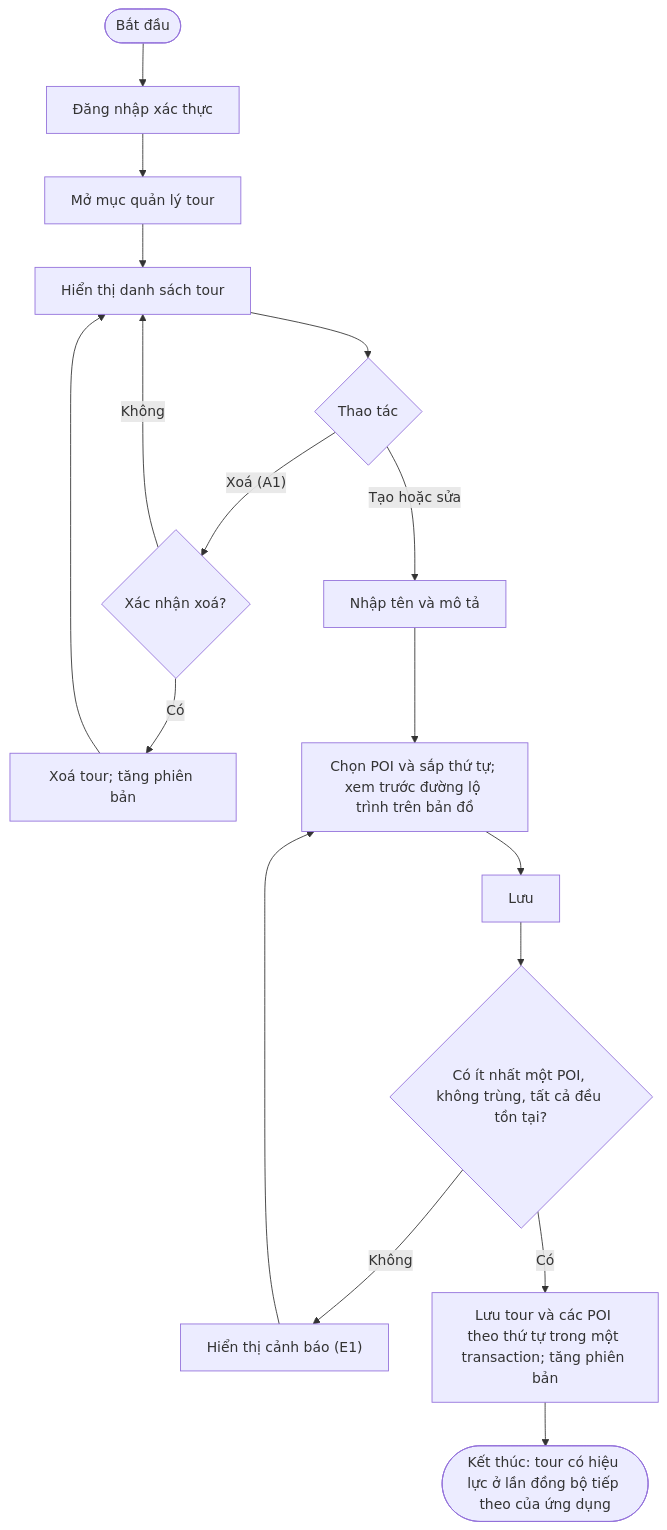
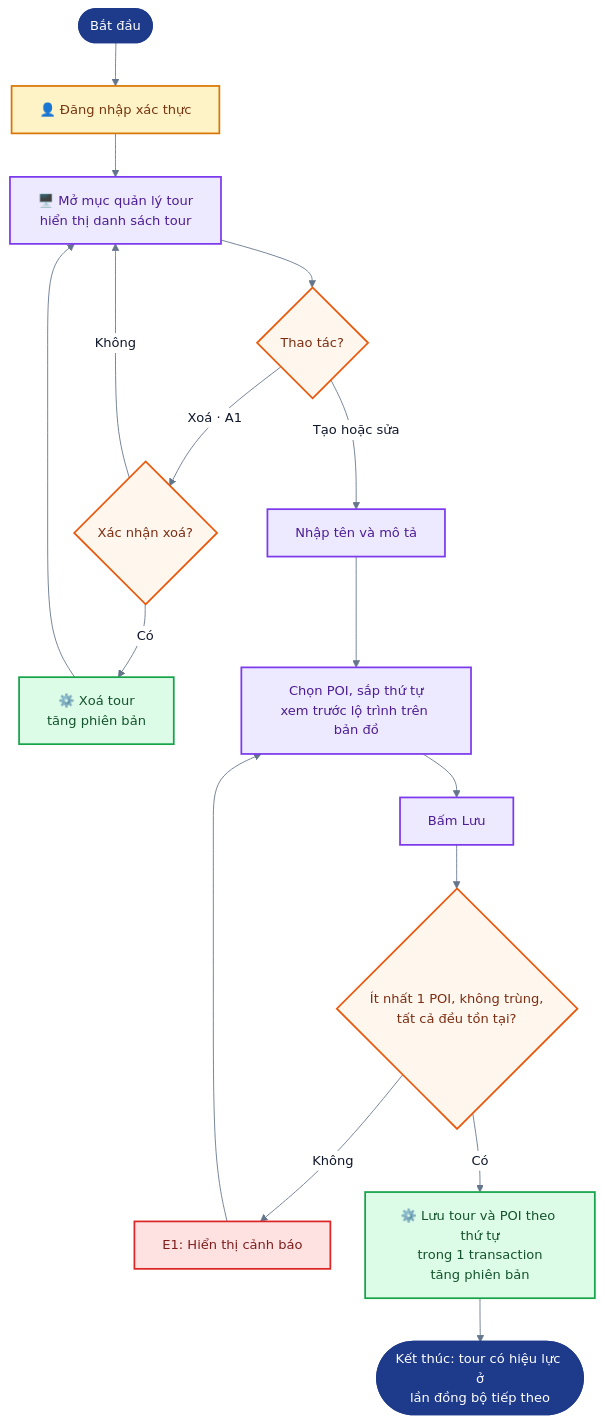
Before and after one commit to AiraLeFatale/CongNghePhanMem_Project: diagram 15 of 28 in docs/02-design.md, drawn with Mermaid. The commit also changed other lines of this file and 181 other files, not shown here.

First line of the commit message:
Thêm sơ đồ trực quan cho mọi mục tài liệu, thống nhất bộ màu

````diff
--- a/docs/02-design.md
+++ b/docs/02-design.md
@@ -429,15 +638,25 @@
 ```mermaid
+%%{init: {"theme":"base","fontFamily":"Helvetica Neue, Arial, sans-serif","themeVariables":{"fontFamily":"Helvetica Neue, Arial, sans-serif","fontSize":"15px","primaryColor":"#EFF6FF","primaryBorderColor":"#3B82F6","primaryTextColor":"#0F172A","lineColor":"#64748B","secondaryColor":"#F0FDF4","tertiaryColor":"#FFFFFF","clusterBkg":"#F8FAFC","clusterBorder":"#CBD5E1","edgeLabelBackground":"#FFFFFF","noteBkgColor":"#FEF9C3","noteBorderColor":"#EAB308","actorBkg":"#DBEAFE","actorBorder":"#2563EB","actorTextColor":"#1E3A8A","signalColor":"#475569","signalTextColor":"#0F172A","labelBoxBkgColor":"#F1F5F9","labelBoxBorderColor":"#94A3B8","activationBkgColor":"#E0F2FE","activationBorderColor":"#0284C7","sequenceNumberColor":"#FFFFFF","pie1":"#16A34A","pie2":"#F59E0B","pie3":"#94A3B8","pie4":"#DC2626","pie5":"#2563EB","pie6":"#7C3AED","pieStrokeColor":"#FFFFFF","pieSectionTextColor":"#FFFFFF","quadrant1Fill":"#FEE2E2","quadrant2Fill":"#FEF3C7","quadrant3Fill":"#DCFCE7","quadrant4Fill":"#FEF3C7","quadrantPointFill":"#1E3A8A","quadrantPointTextFill":"#0F172A","git0":"#1E3A8A","gitBranchLabel0":"#FFFFFF","cScale0":"#DBEAFE","cScale1":"#DCFCE7","cScale2":"#EDE9FE","cScale3":"#FEF3C7","cScale4":"#FFE4E6","cScale5":"#E0F2FE","cScale6":"#F1F5F9"},"flowchart":{"curve":"basis","padding":16,"nodeSpacing":40,"rankSpacing":50},"sequence":{"showSequenceNumbers":true,"mirrorActors":false}}}%%
 flowchart TD
-    S(["Bắt đầu"]) --> LG["Đăng nhập xác thực"] --> M["Mở mục quản lý tour"] --> L["Hiển thị danh sách tour"]
-    L --> ACT{"Thao tác"}
-    ACT -- "Xoá (A1)" --> CF{"Xác nhận xoá?"}
+    S(["Bắt đầu"]):::startend --> LG["👤 Đăng nhập xác thực"]:::actor
+    LG --> L["🖥️ Mở mục quản lý tour<br/>hiển thị danh sách tour"]:::cms
+    L --> ACT{"Thao tác?"}:::decision
+    ACT -- "Xoá · A1" --> CF{"Xác nhận xoá?"}:::decision
     CF -- "Không" --> L
-    CF -- "Có" --> DEL["Xoá tour; tăng phiên bản"] --> L
-    ACT -- "Tạo hoặc sửa" --> F["Nhập tên và mô tả"]
-    F --> P["Chọn POI và sắp thứ tự; xem trước đường lộ trình trên bản đồ"]
-    P --> SAVE["Lưu"]
-    SAVE --> V{"Có ít nhất một POI, không trùng, tất cả đều tồn tại?"}
-    V -- "Không" --> W["Hiển thị cảnh báo (E1)"] --> P
-    V -- "Có" --> ST["Lưu tour và các POI theo thứ tự trong một transaction; tăng phiên bản"]
-    ST --> E(["Kết thúc: tour có hiệu lực ở lần đồng bộ tiếp theo của ứng dụng"])
+    CF -- "Có" --> DEL["⚙️ Xoá tour<br/>tăng phiên bản"]:::backend
+    DEL --> L
+    ACT -- "Tạo hoặc sửa" --> F["Nhập tên và mô tả"]:::cms
+    F --> P["Chọn POI, sắp thứ tự<br/>xem trước lộ trình trên bản đồ"]:::cms
+    P --> SAVE["Bấm Lưu"]:::cms
+    SAVE --> V{"Ít nhất 1 POI, không trùng,<br/>tất cả đều tồn tại?"}:::decision
+    V -- "Không" --> W["E1: Hiển thị cảnh báo"]:::bad
+    W --> P
+    V -- "Có" --> ST["⚙️ Lưu tour và POI theo thứ tự<br/>trong 1 transaction<br/>tăng phiên bản"]:::backend
+    ST --> E(["Kết thúc: tour có hiệu lực ở<br/>lần đồng bộ tiếp theo"]):::startend
+    classDef actor fill:#FEF3C7,stroke:#D97706,stroke-width:2px,color:#78350F
+    classDef cms fill:#EDE9FE,stroke:#7C3AED,stroke-width:2px,color:#4C1D95
+    classDef backend fill:#DCFCE7,stroke:#16A34A,stroke-width:2px,color:#14532D
+    classDef decision fill:#FFF7ED,stroke:#EA580C,stroke-width:2px,color:#7C2D12
+    classDef startend fill:#1E3A8A,stroke:#1E3A8A,stroke-width:2px,color:#FFFFFF
+    classDef bad fill:#FEE2E2,stroke:#DC2626,stroke-width:2px,color:#7F1D1D
 ```
````
